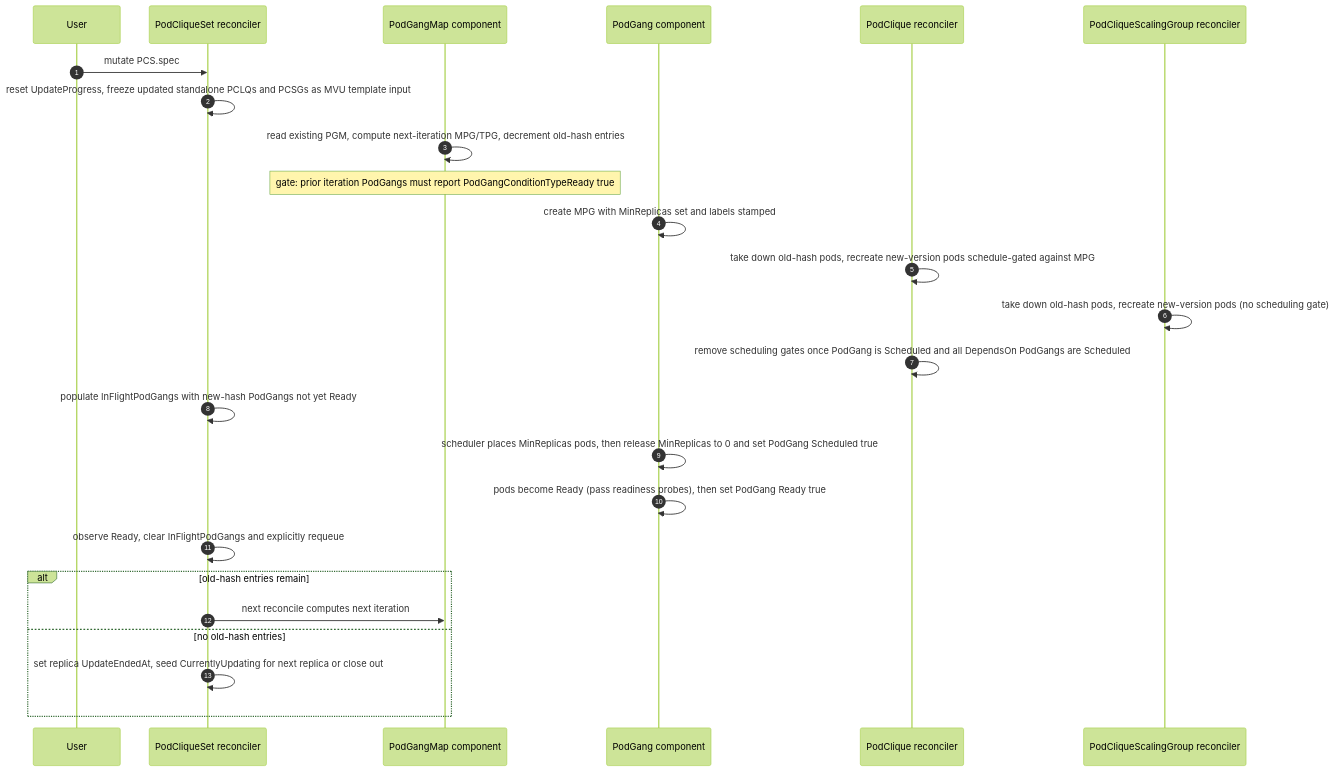
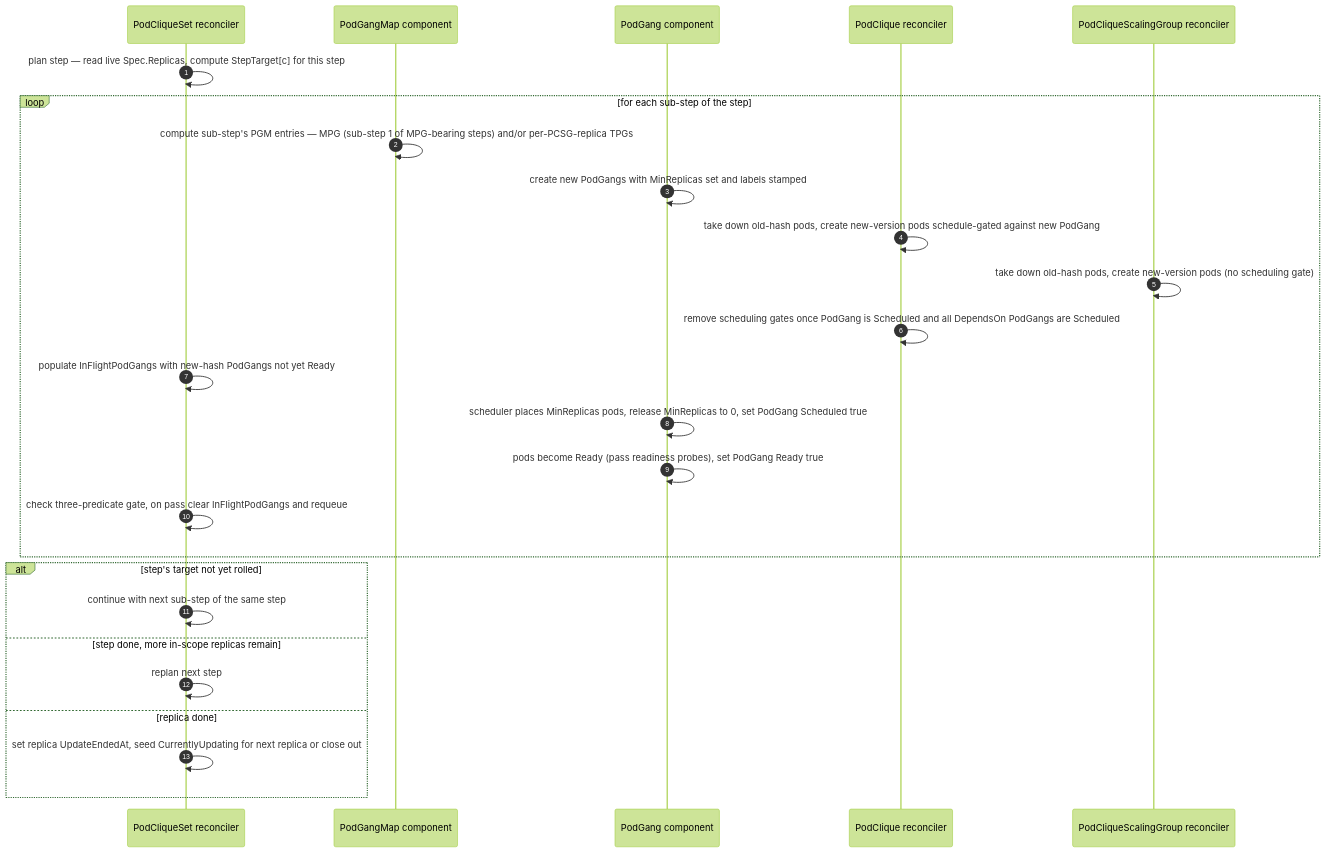
The second of 5 diagrams in docs/proposals/393-coherent-rolling-updates/README.md (ai-dynamo/grove), drawn with Mermaid (forest theme) before and after one commit. The commit also changed other lines of this file, not shown here.

First line of the commit message:
docs(GREP-393): rewrite for step/sub-step model with MaxUnavailable

````diff
--- a/docs/proposals/393-coherent-rolling-updates/README.md
+++ b/docs/proposals/393-coherent-rolling-updates/README.md
@@ -457,28 +635,29 @@
 ```mermaid
 sequenceDiagram
   autonumber
-  participant User
   participant PCS as PodCliqueSet reconciler
   participant PGM as PodGangMap component
   participant PG as PodGang component
   participant PCLQ as PodClique reconciler
   participant PCSG as PodCliqueScalingGroup reconciler
 
-  User->>PCS: mutate PCS.spec
-  PCS->>PCS: reset UpdateProgress, freeze updated standalone PCLQs and PCSGs as MVU template input
-  PGM->>PGM: read existing PGM, compute next-iteration MPG/TPG, decrement old-hash entries
-  Note over PGM: gate: prior iteration PodGangs must report PodGangConditionTypeReady true
-  PG->>PG: create MPG with MinReplicas set and labels stamped
-  PCLQ->>PCLQ: take down old-hash pods, recreate new-version pods schedule-gated against MPG
-  PCSG->>PCSG: take down old-hash pods, recreate new-version pods (no scheduling gate)
-  PCLQ->>PCLQ: remove scheduling gates once PodGang is Scheduled and all DependsOn PodGangs are Scheduled
-  PCS->>PCS: populate InFlightPodGangs with new-hash PodGangs not yet Ready
-  PG->>PG: scheduler places MinReplicas pods, then release MinReplicas to 0 and set PodGang Scheduled true
-  PG->>PG: pods become Ready (pass readiness probes), then set PodGang Ready true
-  PCS->>PCS: observe Ready, clear InFlightPodGangs and explicitly requeue
-  alt old-hash entries remain
-    PCS->>PGM: next reconcile computes next iteration
-  else no old-hash entries
+  PCS->>PCS: plan step — read live Spec.Replicas, compute StepTarget[c] for this step
+  loop for each sub-step of the step
+    PGM->>PGM: compute sub-step's PGM entries — MPG (sub-step 1 of MPG-bearing steps) and/or per-PCSG-replica TPGs
+    PG->>PG: create new PodGangs with MinReplicas set and labels stamped
+    PCLQ->>PCLQ: take down old-hash pods, create new-version pods schedule-gated against new PodGang
+    PCSG->>PCSG: take down old-hash pods, create new-version pods (no scheduling gate)
+    PCLQ->>PCLQ: remove scheduling gates once PodGang is Scheduled and all DependsOn PodGangs are Scheduled
+    PCS->>PCS: populate InFlightPodGangs with new-hash PodGangs not yet Ready
+    PG->>PG: scheduler places MinReplicas pods, release MinReplicas to 0, set PodGang Scheduled true
+    PG->>PG: pods become Ready (pass readiness probes), set PodGang Ready true
+    PCS->>PCS: check three-predicate gate, on pass clear InFlightPodGangs and requeue
+  end
+  alt step's target not yet rolled
+    PCS->>PCS: continue with next sub-step of the same step
+  else step done, more in-scope replicas remain
+    PCS->>PCS: replan next step
+  else replica done
     PCS->>PCS: set replica UpdateEndedAt, seed CurrentlyUpdating for next replica or close out
   end
 ```
````
